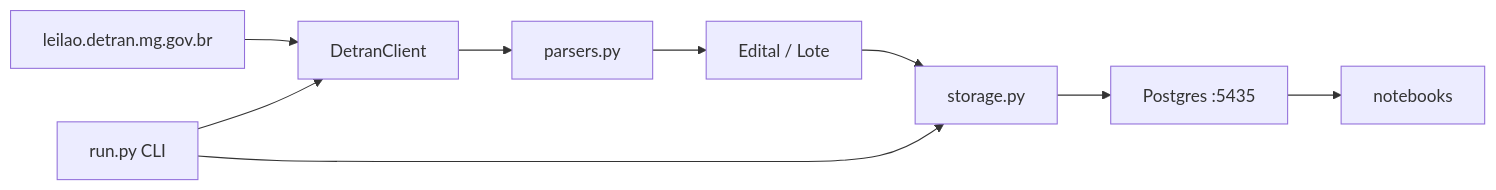
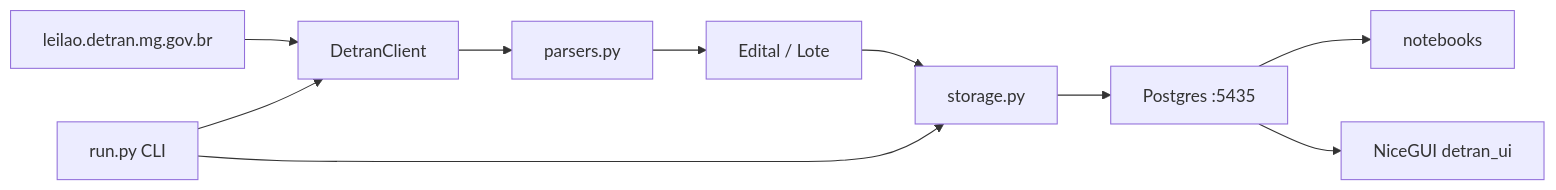
The diagram in README.md (jeffinish/scraping-detranmg), drawn with Mermaid before and after one commit. The commit also changed other lines of this file and 11 other files, not shown here.

First line of the commit message:
feat: add NiceGUI UI to browse lots and flag interest

````diff
--- a/README.md
+++ b/README.md
@@ -36,11 +40,12 @@
 ```mermaid
 flowchart LR
   Portal["leilao.detran.mg.gov.br"] --> Client["DetranClient"]
   Client --> Parsers["parsers.py"]
   Parsers --> Models["Edital / Lote"]
   Models --> Storage["storage.py"]
   Storage --> PG["Postgres :5435"]
   PG --> NB["notebooks"]
+  PG --> UI["NiceGUI detran_ui"]
   Run["run.py CLI"] --> Client
   Run --> Storage
 ```
````
